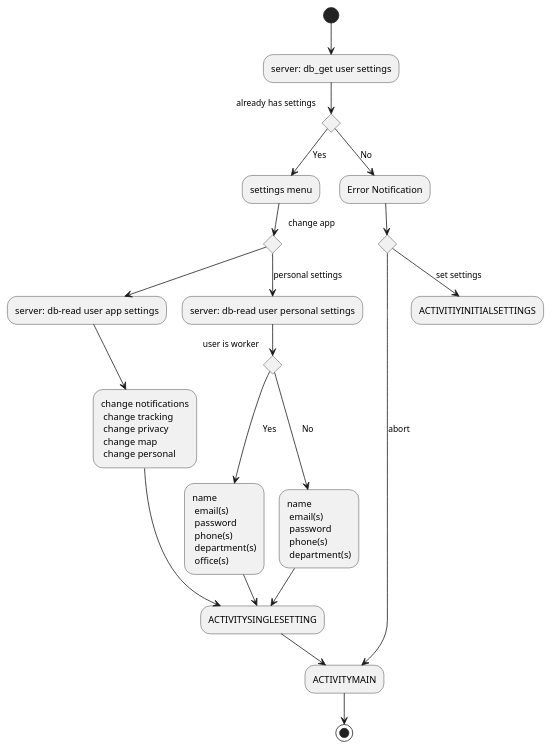
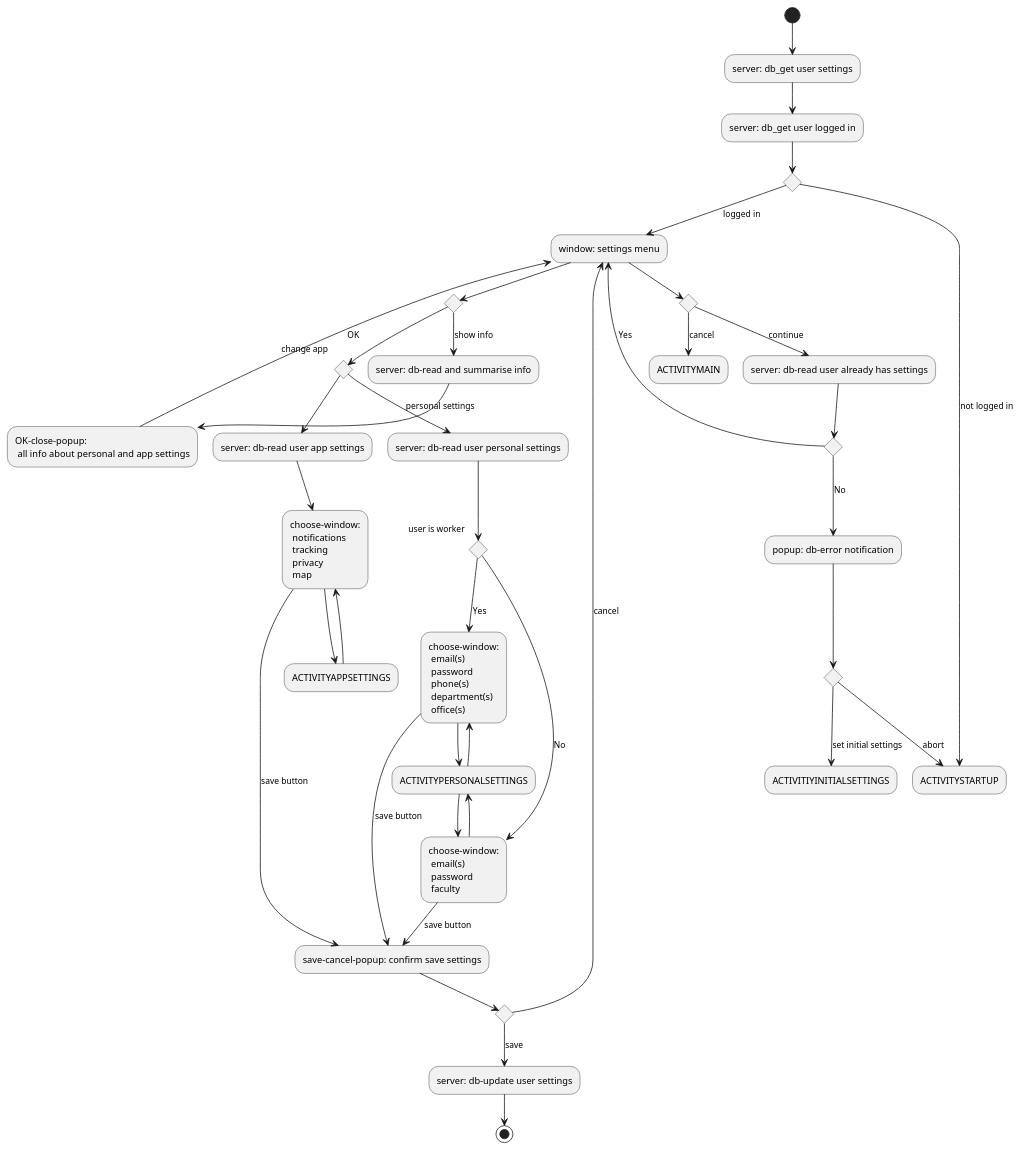
Before and after one commit to 0K5/campusfinder: the diagram in docs/architecture/ACTIVITYSETTINGS.puml, drawn with PlantUML. The commit also changed 15 other files, not shown here.

Commit message:
Added some activity diagrams about registration, login and settings.

```diff
--- a/docs/architecture/ACTIVITYSETTINGS.puml
+++ b/docs/architecture/ACTIVITYSETTINGS.puml
@@ -1,30 +1,56 @@
 @startuml
 (*)  --> "server: db_get user settings"
-if "already has settings" then
-    --> [Yes] "settings menu"
-    if "change app" then
-        --> "server: db-read user app settings"
-
-        --> "change notifications\n change tracking\n change privacy\n change map\n change personal"
-        --> "ACTIVITYSINGLESETTING"
+--> "server: db_get user logged in"
+if "" then
+    --> [logged in] "window: settings menu"
+    if "" then
+        --> [cancel] "ACTIVITYMAIN"
     else
-        --> [personal settings] "server: db-read user personal settings"
-        if "user is worker"
-            --> [Yes] "name\n email(s)\n password\n phone(s)\n department(s)\n office(s)"
-            --> "ACTIVITYSINGLESETTING"
+        --> [continue] "server: db-read user already has settings"
+        if "" then
+            --> [Yes] "window: settings menu"
+            if "" then
+                --> [show info] "server: db-read and summarise info"
+                --> "OK-close-popup:\n all info about personal and app settings"
+                --> [OK] "window: settings menu"
+            else
+                if "change app" then
+                    --> "server: db-read user app settings"
+                    --> "choose-window:\n notifications\n tracking\n privacy\n map"
+                    --> "ACTIVITYAPPSETTINGS"
+                    --> "choose-window:\n notifications\n tracking\n privacy\n map"
+                    --> [save button] "save-cancel-popup: confirm save settings"
+                else
+                    --> [personal settings] "server: db-read user personal settings"
+                    if "user is worker"
+                        --> [Yes] "choose-window:\n email(s)\n password\n phone(s)\n department(s)\n office(s)"
+                        --> "ACTIVITYPERSONALSETTINGS"
+                        --> "choose-window:\n email(s)\n password\n phone(s)\n department(s)\n office(s)"
+                        --> [save button] "save-cancel-popup: confirm save settings"
+                    else
+                        --> [No] "choose-window:\n email(s)\n password\n faculty"
+                        --> "ACTIVITYPERSONALSETTINGS"
+                        --> "choose-window:\n email(s)\n password\n faculty"
+                    Endif
+                Endif
+            Endif
+            --> [save button] "save-cancel-popup: confirm save settings"
+            if "" then
+                --> [save] "server: db-update user settings"
+                --> (*)
+            else
+                --> [cancel] "window: settings menu"
+            Endif
         else
-            --> [No] "name\n email(s)\n password\n phone(s)\n department(s)"
-            --> "ACTIVITYSINGLESETTING"
+            --> [No] "popup: db-error notification"
+            if "" then
+                --> [set initial settings] "ACTIVITIYINITIALSETTINGS"
+            else
+                --> [abort] "ACTIVITYSTARTUP"
+            Endif
         Endif
     Endif
-    --> "ACTIVITYMAIN"
 else
-    --> [No] "Error Notification"
-    if "" then
-        --> [set settings] "ACTIVITIYINITIALSETTINGS"
-    else
-        --> [abort] "ACTIVITYMAIN"
-    Endif
+    --> [not logged in] "ACTIVITYSTARTUP"
 Endif
--->(*)
 @enduml
```
